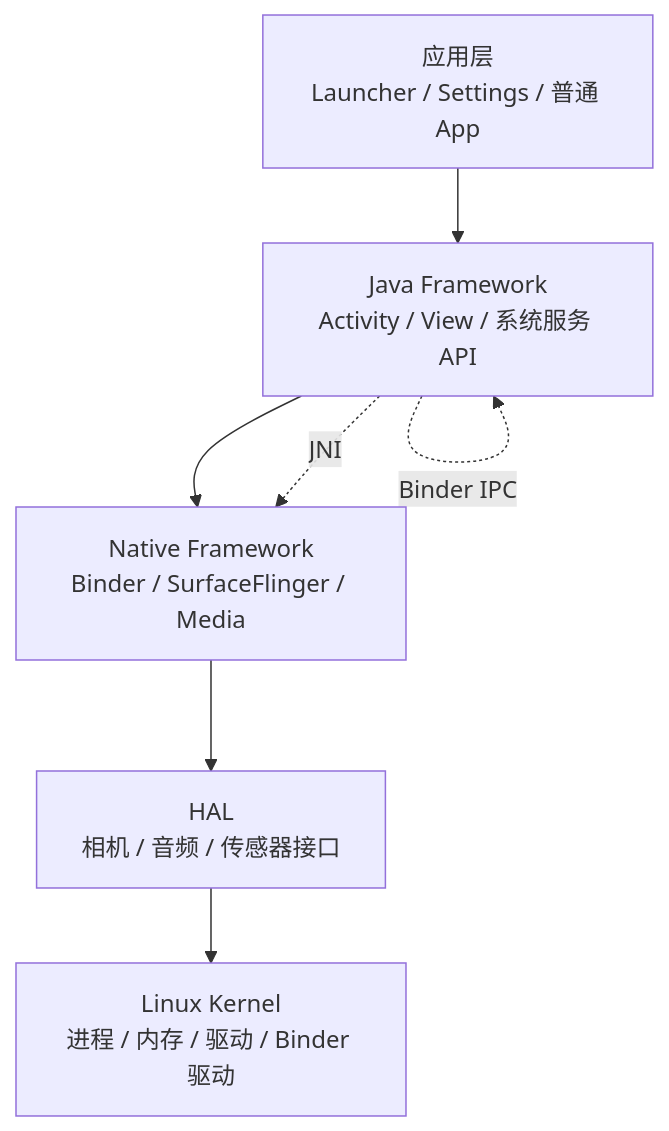
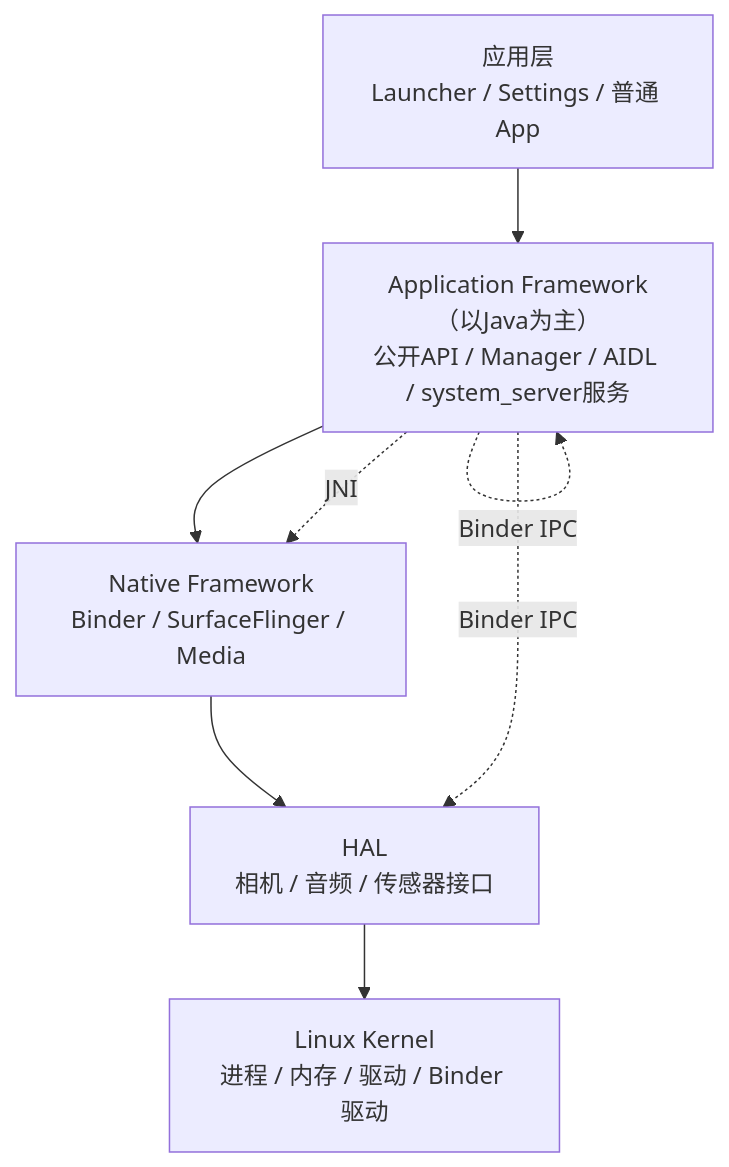
One commit to junyingzhao001/StudyNotes changed the first of 7 diagrams in Android源码学习/01-基础概念介绍.md. Above: the diagram before and after it, drawn with Mermaid. The commit also changed other lines of this file and 617 other files, not shown here.

````diff
--- a/Android源码学习/01-基础概念介绍.md
+++ b/Android源码学习/01-基础概念介绍.md
@@ -21,11 +30,15 @@
 ```mermaid
 flowchart TB
     APP["应用层<br/>Launcher / Settings / 普通 App"]
-    FW["Java Framework<br/>Activity / View / 系统服务 API"]
+    FW["Application Framework（以Java为主）<br/>公开API / Manager / AIDL / system_server服务"]
     NS["Native Framework<br/>Binder / SurfaceFlinger / Media"]
     HAL["HAL<br/>相机 / 音频 / 传感器接口"]
     K["Linux Kernel<br/>进程 / 内存 / 驱动 / Binder 驱动"]
-    APP --> FW --> NS --> HAL --> K
+    APP --> FW
+    FW --> NS
+    NS --> HAL
+    HAL --> K
     FW -. "JNI" .-> NS
     FW -. "Binder IPC" .-> FW
+    FW -. "Binder IPC" .-> HAL
 ```
````
